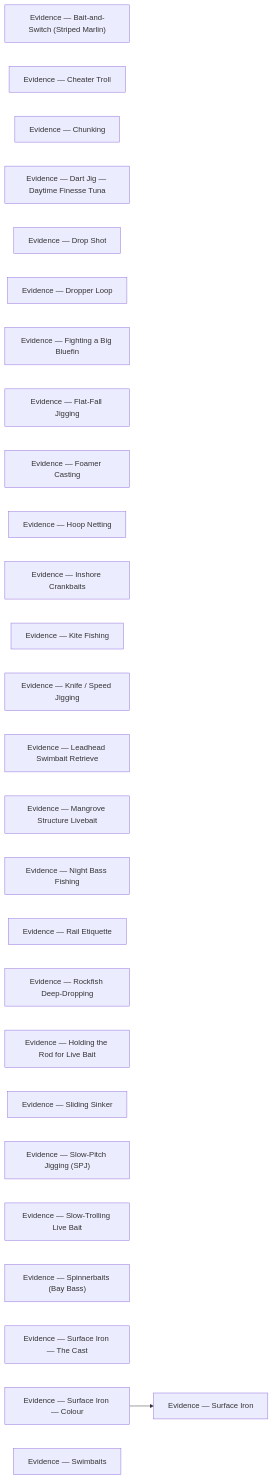
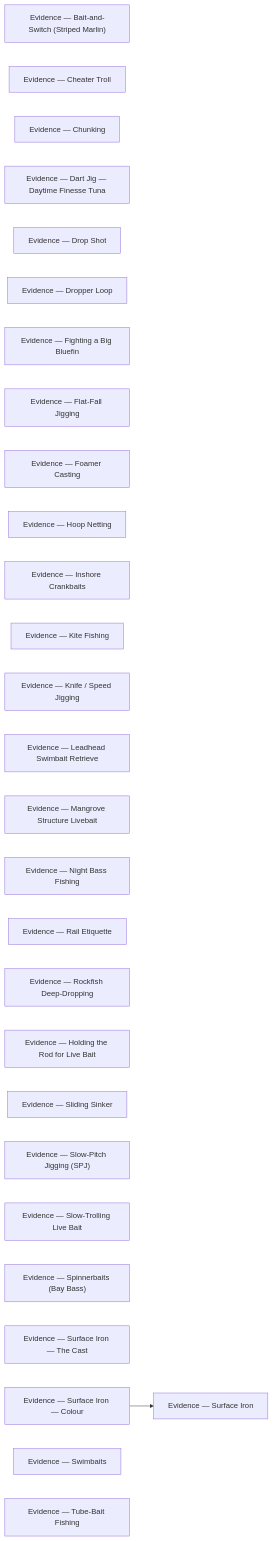
One commit to camchuckpete-max/Socal-Fishing-Knowledge changed the diagram in techniques/evidence/README.md. Above: the diagram before and after it, drawn with Mermaid. The commit also changed other lines of this file and 5 other files, not shown here.

Commit message:
review: techniques/tube-bait-fishing.md — transform

````diff
--- a/techniques/evidence/README.md
+++ b/techniques/evidence/README.md
@@ -40,31 +41,32 @@
 ```mermaid
 graph LR
   n0["Evidence — Bait-and-Switch (Striped Marlin)"]
   n1["Evidence — Cheater Troll"]
   n2["Evidence — Chunking"]
   n3["Evidence — Dart Jig — Daytime Finesse Tuna"]
   n4["Evidence — Drop Shot"]
   n5["Evidence — Dropper Loop"]
   n6["Evidence — Fighting a Big Bluefin"]
   n7["Evidence — Flat-Fall Jigging"]
   n8["Evidence — Foamer Casting"]
   n9["Evidence — Hoop Netting"]
   n10["Evidence — Inshore Crankbaits"]
   n11["Evidence — Kite Fishing"]
   n12["Evidence — Knife / Speed Jigging"]
   n13["Evidence — Leadhead Swimbait Retrieve"]
   n14["Evidence — Mangrove Structure Livebait"]
   n15["Evidence — Night Bass Fishing"]
   n16["Evidence — Rail Etiquette"]
   n17["Evidence — Rockfish Deep-Dropping"]
   n18["Evidence — Holding the Rod for Live Bait"]
   n19["Evidence — Sliding Sinker"]
   n20["Evidence — Slow-Pitch Jigging (SPJ)"]
   n21["Evidence — Slow-Trolling Live Bait"]
   n22["Evidence — Spinnerbaits (Bay Bass)"]
   n23["Evidence — Surface Iron — The Cast"]
   n24["Evidence — Surface Iron — Colour"]
   n25["Evidence — Surface Iron"]
   n26["Evidence — Swimbaits"]
+  n27["Evidence — Tube-Bait Fishing"]
   n24 --> n25
 ```
````
